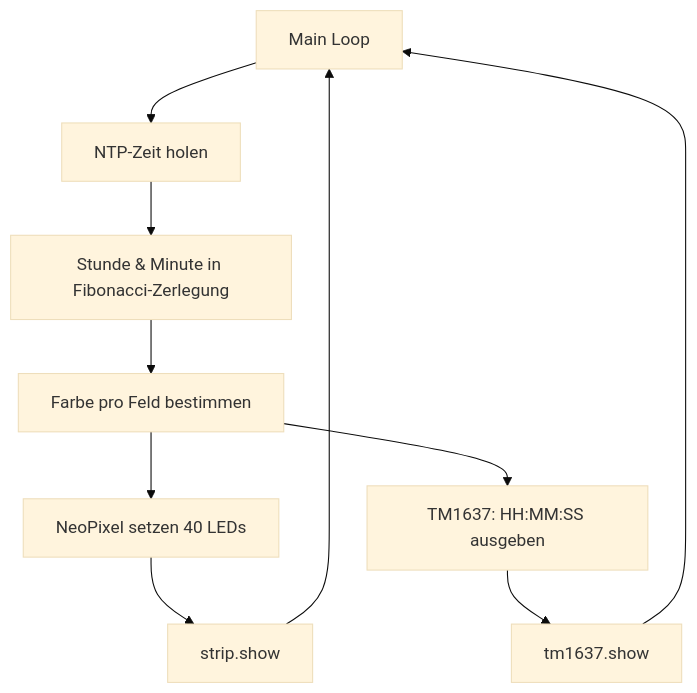
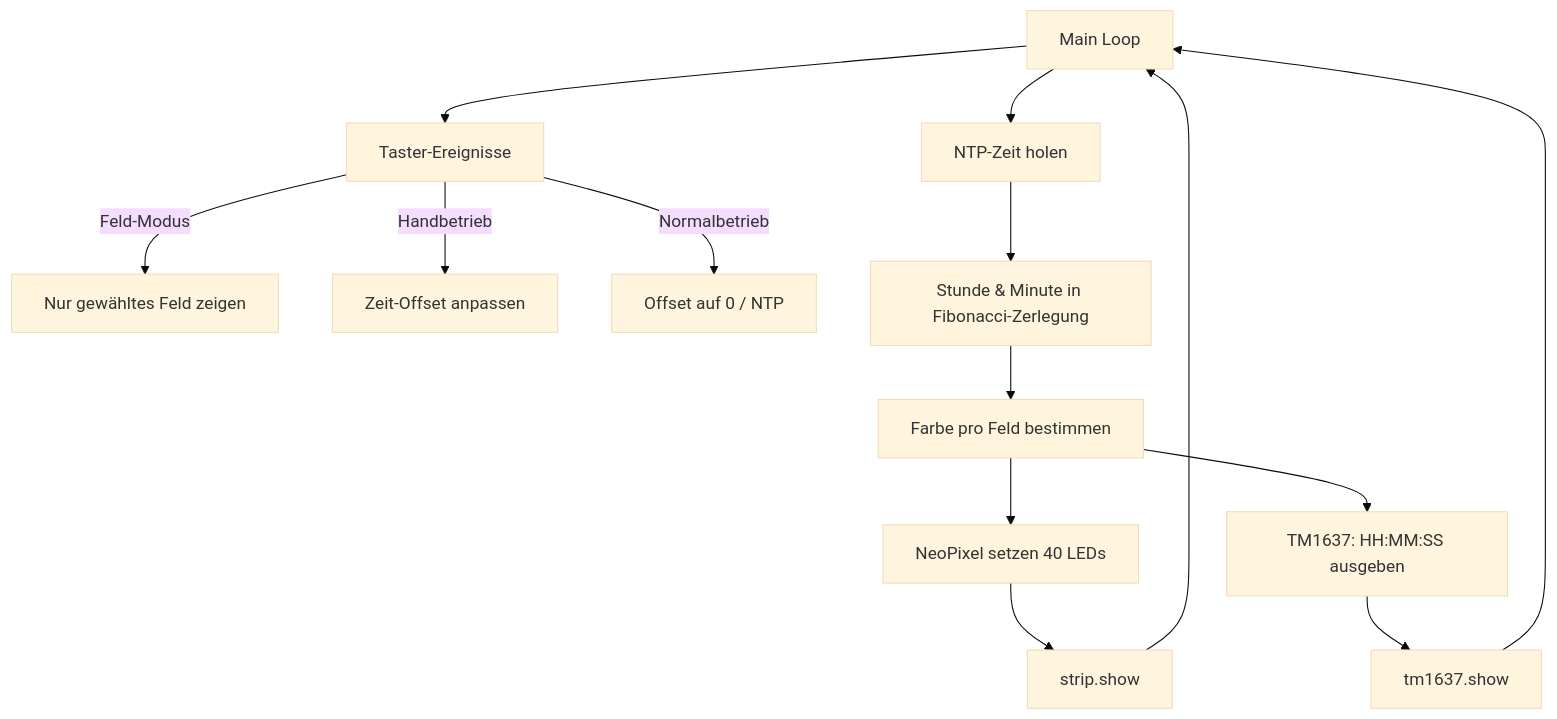
Before and after one commit to Paul-3400/fibonacci-ping-pong-clock: the second of 2 diagrams in docs/Fibonacci_PingPong_Uhr_Bauanleitung.md, drawn with Mermaid (base theme). The commit also changed other lines of this file, not shown here.

Commit message:
docs: Bauanleitung auf 5x8-Schnecken-Layout + 5 Taster umgestellt

````diff
--- a/docs/Fibonacci_PingPong_Uhr_Bauanleitung.md
+++ b/docs/Fibonacci_PingPong_Uhr_Bauanleitung.md
@@ -226,12 +273,16 @@
 ```mermaid
 graph TD
-    A[Main Loop] --> B[NTP-Zeit holen]
+    A[Main Loop] --> T[Taster-Ereignisse]
+    T -->|Feld-Modus| F1[Nur gewähltes Feld zeigen]
+    T -->|Handbetrieb| O[Zeit-Offset anpassen]
+    T -->|Normalbetrieb| R[Offset auf 0 / NTP]
+    A --> B[NTP-Zeit holen]
     B --> C[Stunde & Minute in Fibonacci-Zerlegung]
     C --> D[Farbe pro Feld bestimmen]
     D --> E[NeoPixel setzen 40 LEDs]
     D --> F[TM1637: HH:MM:SS ausgeben]
     E --> G[strip.show]
     F --> H[tm1637.show]
     G --> A
     H --> A
 ```
````
